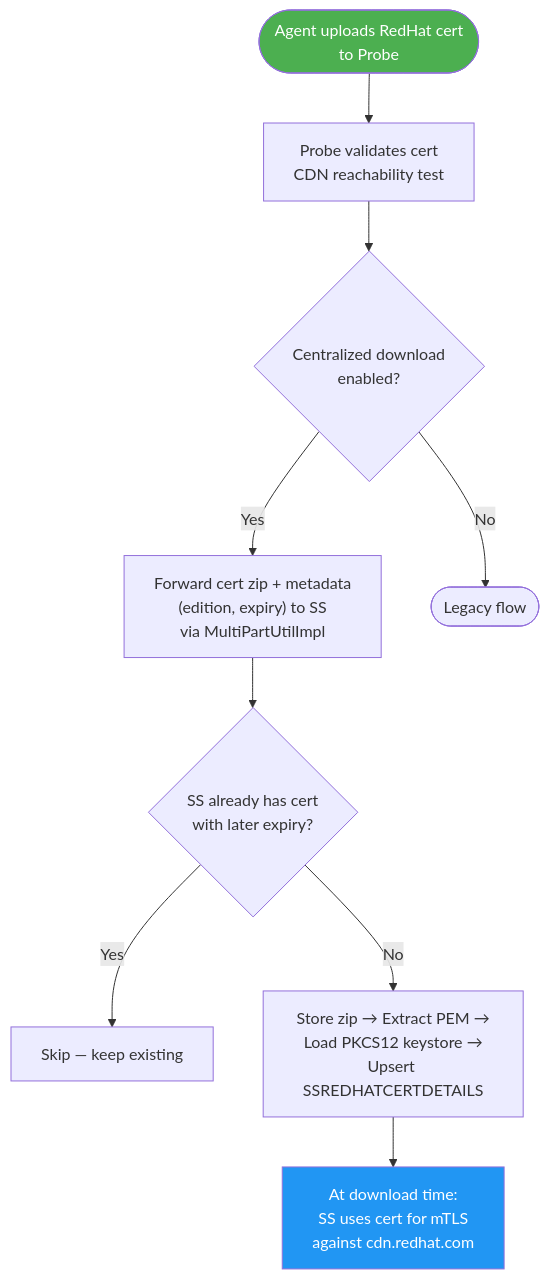
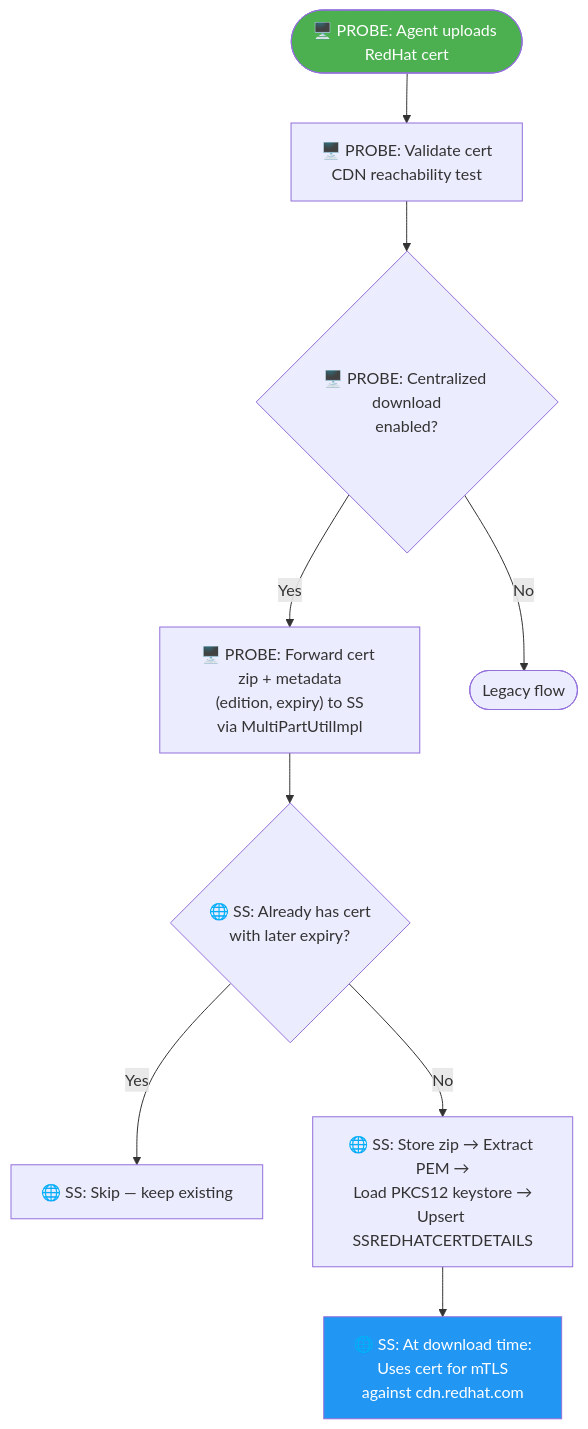
Diagram 11 of 29 in use-case-diagrams.md (ranjithkumar-a-23525/RebaseEx), drawn with Mermaid before and after one commit. The commit also changed other lines of this file, not shown here.

````diff
--- a/use-case-diagrams.md
+++ b/use-case-diagrams.md
@@ -212,14 +212,14 @@
 ```mermaid
 flowchart TD
-    A([Agent uploads RedHat cert<br/>to Probe]) --> B[Probe validates cert<br/>CDN reachability test]
-    B --> C{Centralized download<br/>enabled?}
-    C -->|Yes| D["Forward cert zip + metadata<br/>(edition, expiry) to SS<br/>via MultiPartUtilImpl"]
-    C -->|No| Z([Legacy flow])
-    D --> E{SS already has cert<br/>with later expiry?}
-    E -->|Yes| F[Skip — keep existing]
-    E -->|No| G["Store zip → Extract PEM →<br/>Load PKCS12 keystore →<br/>Upsert SSREDHATCERTDETAILS"]
-    G --> H["At download time:<br/>SS uses cert for mTLS<br/>against cdn.redhat.com"]
+    A(["🖥️ PROBE: Agent uploads RedHat cert"]) --> B["🖥️ PROBE: Validate cert<br/>CDN reachability test"]
+    B --> C{"🖥️ PROBE: Centralized download<br/>enabled?"}
+    C -->|Yes| D["🖥️ PROBE: Forward cert zip + metadata<br/>(edition, expiry) to SS<br/>via MultiPartUtilImpl"]
+    C -->|No| Z(["Legacy flow"])
+    D --> E{"🌐 SS: Already has cert<br/>with later expiry?"}
+    E -->|Yes| F["🌐 SS: Skip — keep existing"]
+    E -->|No| G["🌐 SS: Store zip → Extract PEM →<br/>Load PKCS12 keystore →<br/>Upsert SSREDHATCERTDETAILS"]
+    G --> H["🌐 SS: At download time:<br/>Uses cert for mTLS<br/>against cdn.redhat.com"]
 
     style A fill:#4CAF50,color:#fff
     style H fill:#2196F3,color:#fff
 ```
````
